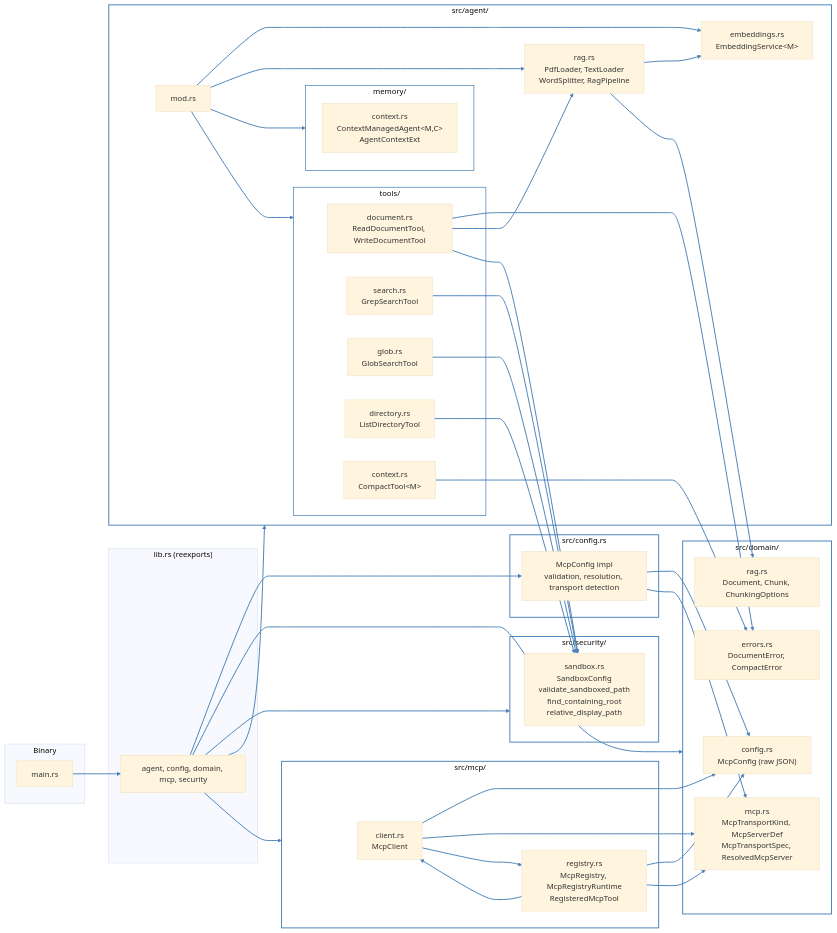
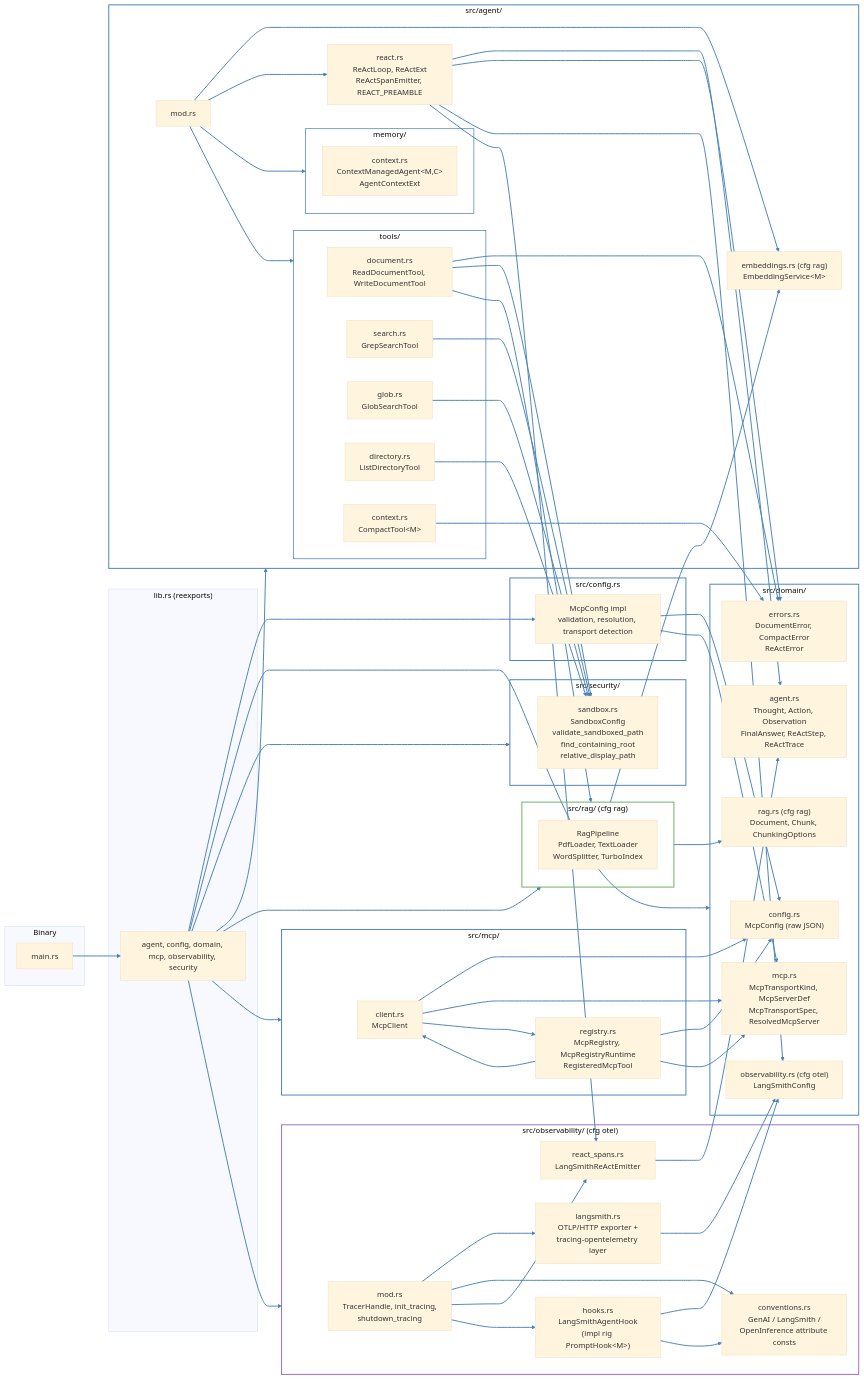
One commit to skaarfundgandr/agent_rs changed the diagram in docs/diagrams/module-dependency.md. Above: the diagram before and after it, drawn with Mermaid (base theme). The commit also changed 5 other files, not shown here.

Commit message:
docs: update documentation, diagrams, and project guide for ReAct/OTel

````diff
--- a/docs/diagrams/module-dependency.md
+++ b/docs/diagrams/module-dependency.md
@@ -7,14 +7,16 @@
     end
 
     subgraph lib["lib.rs (reexports)"]
-        lib_rs["agent, config, domain, mcp, security"]
+        lib_rs["agent, config, domain, mcp, observability, security"]
     end
 
     subgraph domain["src/domain/"]
         domain_config["config.rs<br/>McpConfig (raw JSON)"]
         domain_mcp["mcp.rs<br/>McpTransportKind, McpServerDef<br/>McpTransportSpec, ResolvedMcpServer"]
-        domain_rag["rag.rs<br/>Document, Chunk, ChunkingOptions"]
-        domain_errors["errors.rs<br/>DocumentError, CompactError"]
+        domain_rag["rag.rs (cfg rag)<br/>Document, Chunk, ChunkingOptions"]
+        domain_agent["agent.rs<br/>Thought, Action, Observation<br/>FinalAnswer, ReActStep, ReActTrace"]
+        domain_observability["observability.rs (cfg otel)<br/>LangSmithConfig"]
+        domain_errors["errors.rs<br/>DocumentError, CompactError<br/>ReActError"]
     end
 
     subgraph security["src/security/"]
@@ -27,8 +29,8 @@
 
     subgraph agent["src/agent/"]
         agent_mod["mod.rs"]
-        embeddings["embeddings.rs<br/>EmbeddingService&lt;M&gt;"]
-        rag["rag.rs<br/>PdfLoader, TextLoader<br/>WordSplitter, RagPipeline"]
+        embeddings["embeddings.rs (cfg rag)<br/>EmbeddingService&lt;M&gt;"]
+        react["react.rs<br/>ReActLoop, ReActExt<br/>ReActSpanEmitter, REACT_PREAMBLE"]
 
         subgraph memory["memory/"]
             context["context.rs<br/>ContextManagedAgent&lt;M,C&gt;<br/>AgentContextExt"]
@@ -43,6 +45,18 @@
         end
     end
 
+    subgraph rag["src/rag/ (cfg rag)"]
+        rag_pipeline["RagPipeline<br/>PdfLoader, TextLoader<br/>WordSplitter, TurboIndex"]
+    end
+
+    subgraph observability["src/observability/ (cfg otel)"]
+        obs_mod["mod.rs<br/>TracerHandle, init_tracing,<br/>shutdown_tracing"]
+        obs_langsmith["langsmith.rs<br/>OTLP/HTTP exporter +<br/>tracing-opentelemetry layer"]
+        obs_conv["conventions.rs<br/>GenAI / LangSmith /<br/>OpenInference attribute consts"]
+        obs_react["react_spans.rs<br/>LangSmithReActEmitter"]
+        obs_hooks["hooks.rs<br/>LangSmithAgentHook<br/>(impl rig PromptHook&lt;M&gt;)"]
+    end
+
     subgraph mcp["src/mcp/"]
         client["client.rs<br/>McpClient"]
         registry["registry.rs<br/>McpRegistry, McpRegistryRuntime<br/>RegisteredMcpTool"]
@@ -53,15 +67,22 @@
     lib_rs --> domain
     lib_rs --> security
     lib_rs --> agent
+    lib_rs --> rag
     lib_rs --> mcp
+    lib_rs --> observability
 
     config_rs --> domain_config
     config_rs --> domain_mcp
 
     agent_mod --> embeddings
-    agent_mod --> rag
+    agent_mod --> react
     agent_mod --> memory
     agent_mod --> tools
+
+    react --> domain_agent
+    react --> domain_errors
+    react --> domain_observability
+    react --> obs_react
 
     rag --> embeddings
     rag --> domain_rag
@@ -74,6 +95,15 @@
     directory --> security_sandbox
     compact --> domain_errors
 
+    obs_mod --> obs_langsmith
+    obs_mod --> obs_conv
+    obs_mod --> obs_react
+    obs_mod --> obs_hooks
+    obs_langsmith --> domain_observability
+    obs_react --> domain_agent
+    obs_hooks --> domain_observability
+    obs_hooks --> obs_conv
+
     client --> domain_config
     client --> domain_mcp
     client --> registry
@@ -81,7 +111,7 @@
     registry --> domain_config
     registry --> domain_mcp
     registry --> client
-    
+
     style agent stroke:#4a82b8,stroke-width:2px,fill:none
     style memory stroke:#4a82b8,stroke-width:1.5px,fill:none
     style tools stroke:#4a82b8,stroke-width:1.5px,fill:none
@@ -89,6 +119,8 @@
     style security stroke:#4a82b8,stroke-width:2px,fill:none
     style config stroke:#4a82b8,stroke-width:2px,fill:none
     style mcp stroke:#4a82b8,stroke-width:2px,fill:none
-    
+    style observability stroke:#9b6cc6,stroke-width:2px,fill:none
+    style rag stroke:#6cae5e,stroke-width:2px,fill:none
+
     linkStyle default stroke:#4a82b8,stroke-width:2px;
 ```
````
